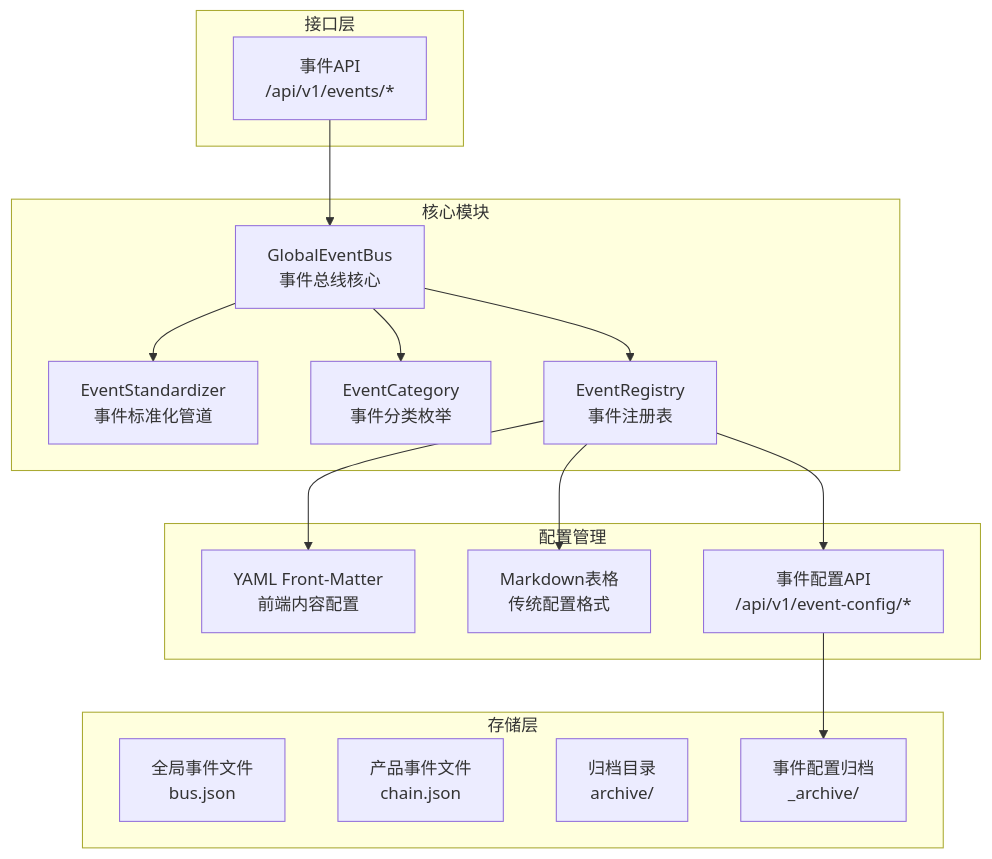
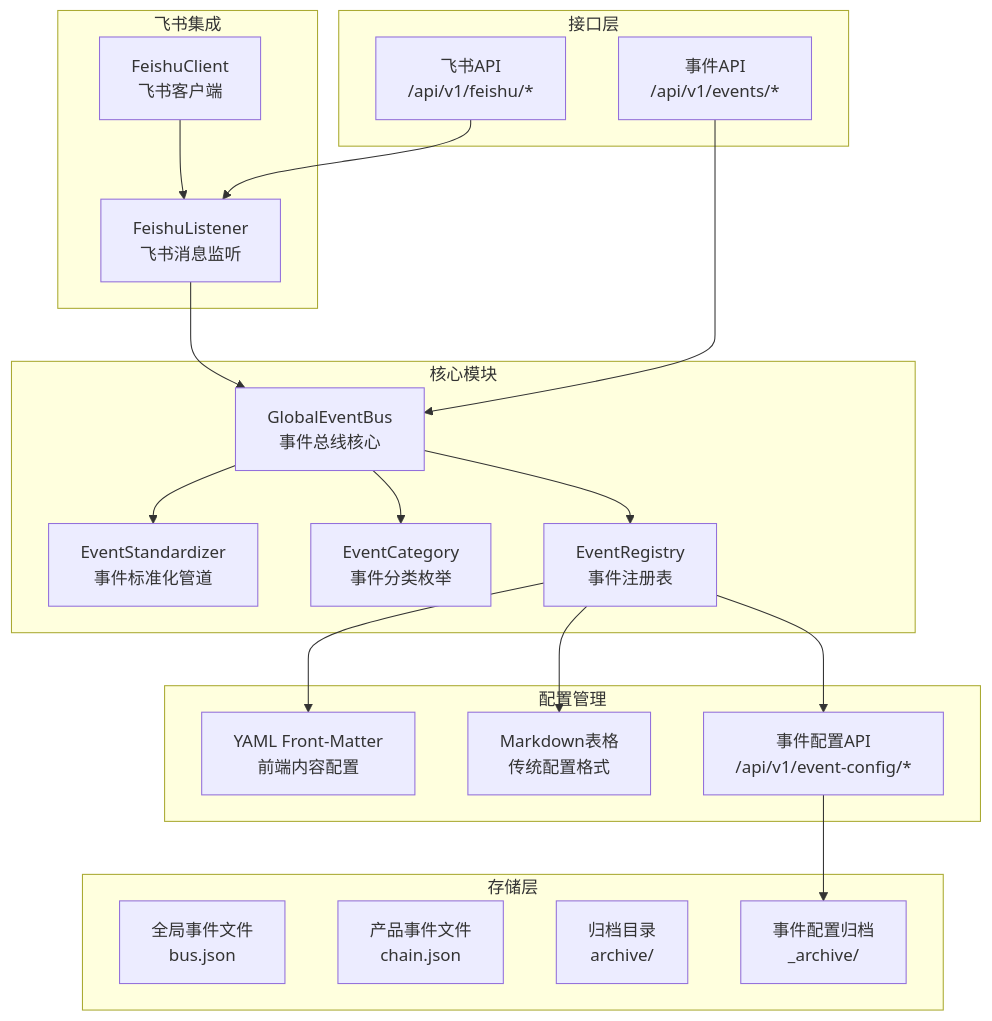
The first of 11 diagrams in .qoder/repowiki/zh/content/系统架构/事件驱动系统/事件总线核心.md (angledick/-), drawn with Mermaid before and after one commit. The commit also changed other lines of this file and 69 other files, not shown here.

````diff
--- a/.qoder/repowiki/zh/content/系统架构/事件驱动系统/事件总线核心.md
+++ b/.qoder/repowiki/zh/content/系统架构/事件驱动系统/事件总线核心.md
@@ -46,31 +54,39 @@
 ```mermaid
 graph TB
 subgraph "核心模块"
 EB["GlobalEventBus<br/>事件总线核心"]
 ES["EventStandardizer<br/>事件标准化管道"]
 EC["EventCategory<br/>事件分类枚举"]
 ER["EventRegistry<br/>事件注册表"]
+end
+subgraph "飞书集成"
+FL["FeishuListener<br/>飞书消息监听"]
+FC["FeishuClient<br/>飞书客户端"]
 end
 subgraph "配置管理"
 YAML["YAML Front-Matter<br/>前端内容配置"]
 MD["Markdown表格<br/>传统配置格式"]
 AC["事件配置API<br/>/api/v1/event-config/*"]
 end
 subgraph "存储层"
 GE["全局事件文件<br/>bus.json"]
 PE["产品事件文件<br/>chain.json"]
 AR["归档目录<br/>archive/"]
 AE["事件配置归档<br/>_archive/"]
 end
 subgraph "接口层"
 API["事件API<br/>/api/v1/events/*"]
+FEISHU["飞书API<br/>/api/v1/feishu/*"]
 end
 EB --> ES
 EB --> EC
 EB --> ER
 ER --> YAML
 ER --> MD
 ER --> AC
 AC --> AE
+FL --> EB
+FC --> FL
 API --> EB
+FEISHU --> FL
 ```
````
